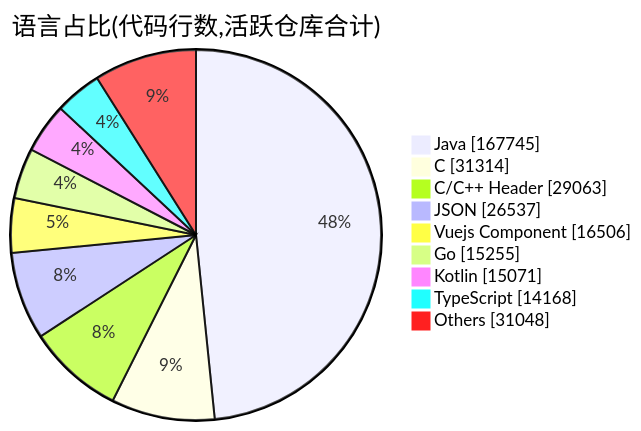
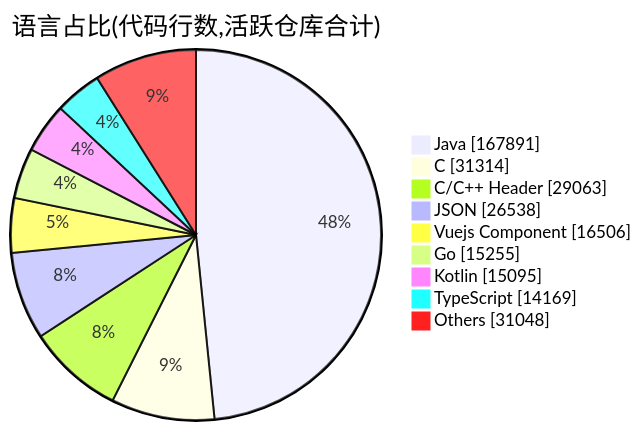
One commit to Conflux-Union/.github changed the second of 2 diagrams in profile/README.md. Above: the diagram before and after it, drawn with Mermaid. The commit also changed other lines of this file and 1 other file, not shown here.

````diff
--- a/profile/README.md
+++ b/profile/README.md
@@ -78,13 +78,13 @@
 ```mermaid
 pie showData
     title 语言占比(代码行数,活跃仓库合计)
-    "Java" : 167745
+    "Java" : 167891
     "C" : 31314
     "C/C++ Header" : 29063
-    "JSON" : 26537
+    "JSON" : 26538
     "Vuejs Component" : 16506
     "Go" : 15255
-    "Kotlin" : 15071
-    "TypeScript" : 14168
+    "Kotlin" : 15095
+    "TypeScript" : 14169
     "Others" : 31048
 ```
````
